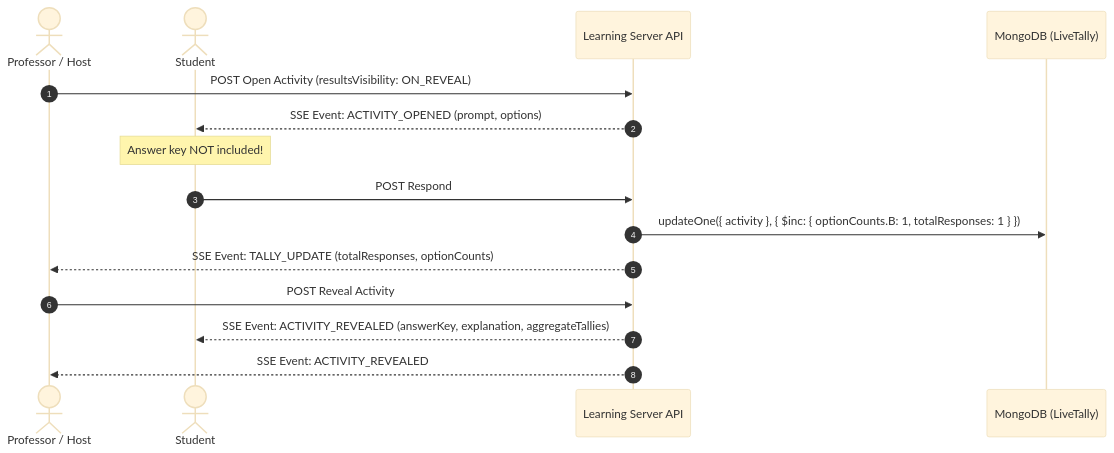
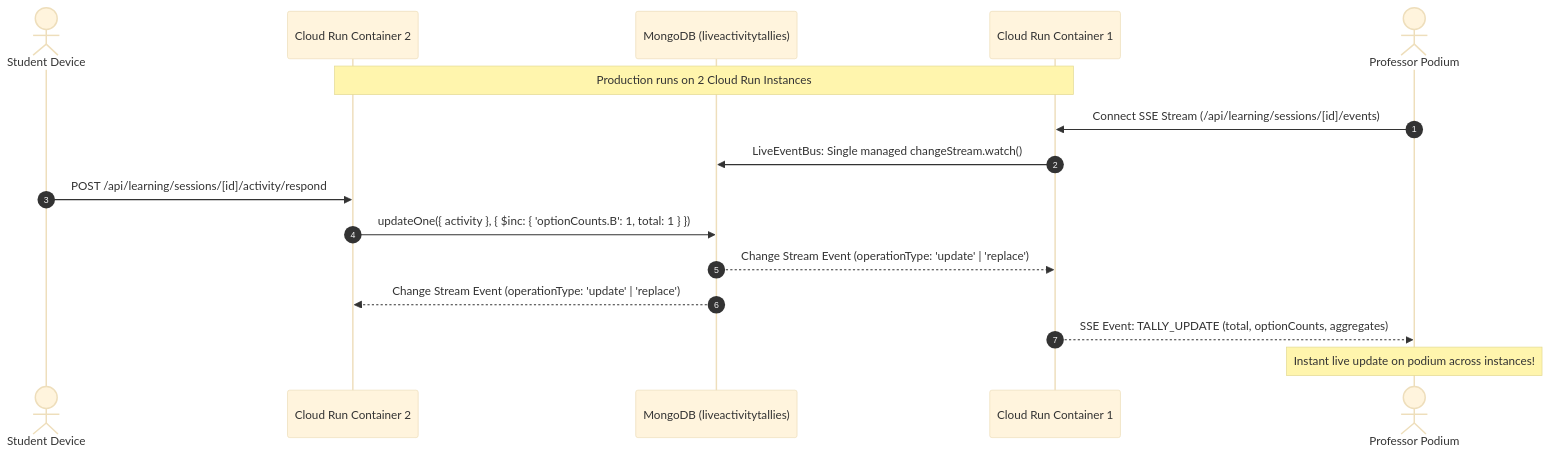
One commit to Aarathi1535/assignment_evaluation-IIIT-Hyd changed the sixth of 9 diagrams in docs/learning-module.md. Above: the diagram before and after it, drawn with Mermaid (base theme). The commit also changed other lines of this file and 2 other files, not shown here.

Commit message:
docs(learning): align design note with review

````diff
--- a/docs/learning-module.md
+++ b/docs/learning-module.md
@@ -439,20 +510,22 @@
 ```mermaid
 sequenceDiagram
     autonumber
-    actor Prof as Professor / Host
-    actor Stud as Student
-    participant Svr as Learning Server API
-    participant DB as MongoDB (LiveTally)
+    actor Stud as Student Device
+    participant Inst2 as Cloud Run Container 2
+    participant DB as MongoDB (liveactivitytallies)
+    participant Inst1 as Cloud Run Container 1
+    actor Prof as Professor Podium
 
-    Prof->>Svr: POST Open Activity (resultsVisibility: ON_REVEAL)
-    Svr-->>Stud: SSE Event: ACTIVITY_OPENED (prompt, options)
-    Note over Stud: Answer key NOT included!
+    Note over Inst1,Inst2: Production runs on 2 Cloud Run Instances
+    Prof->>Inst1: Connect SSE Stream (/api/learning/sessions/[id]/events)
+    Inst1->>DB: LiveEventBus: Single managed changeStream.watch()
 
-    Stud->>Svr: POST Respond
-    Svr->>DB: updateOne({ activity }, { $inc: { optionCounts.B: 1, totalResponses: 1 } })
-    Svr-->>Prof: SSE Event: TALLY_UPDATE (totalResponses, optionCounts)
+    Stud->>Inst2: POST /api/learning/sessions/[id]/activity/respond
+    Inst2->>DB: updateOne({ activity }, { $inc: { 'optionCounts.B': 1, total: 1 } })
 
-    Prof->>Svr: POST Reveal Activity
-    Svr-->>Stud: SSE Event: ACTIVITY_REVEALED (answerKey, explanation, aggregateTallies)
-    Svr-->>Prof: SSE Event: ACTIVITY_REVEALED
+    DB-->>Inst1: Change Stream Event (operationType: 'update' | 'replace')
+    DB-->>Inst2: Change Stream Event (operationType: 'update' | 'replace')
+
+    Inst1-->>Prof: SSE Event: TALLY_UPDATE (total, optionCounts, aggregates)
+    Note over Prof: Instant live update on podium across instances!
 ```
````
